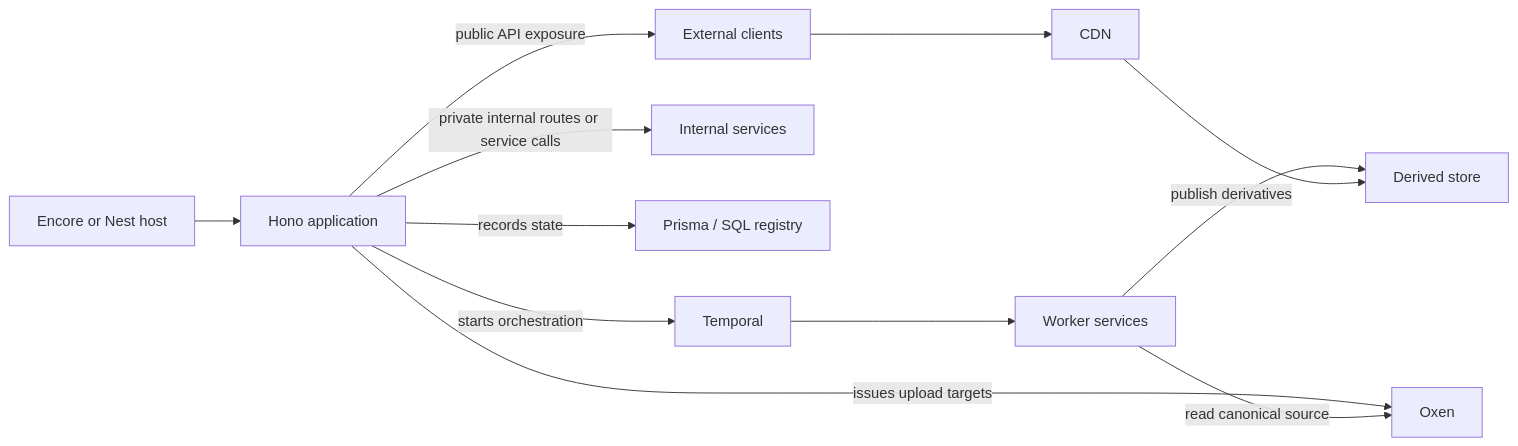
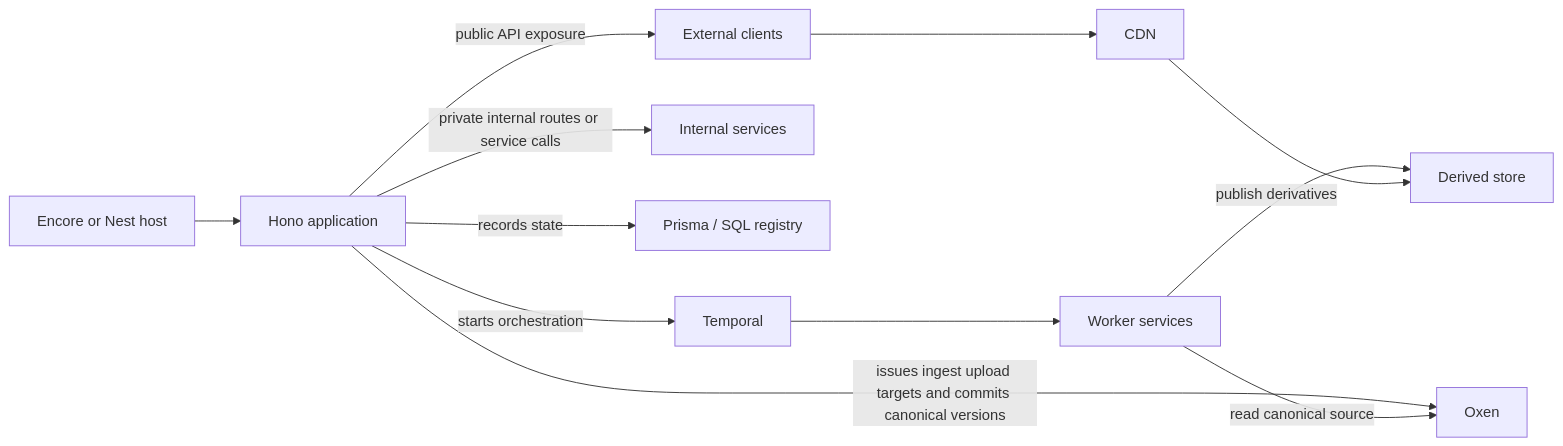
One commit to Yeusepe/cdngine changed the third of 3 diagrams in docs/service-architecture.md. Above: the diagram before and after it, drawn with Mermaid. The commit also changed other lines of this file and 4 other files, not shown here.

````diff
--- a/docs/service-architecture.md
+++ b/docs/service-architecture.md
@@ -210,14 +226,14 @@
 ```mermaid
 flowchart LR
     Host["Encore or Nest host"] --> Hono["Hono application"]
     Hono --> |public API exposure| Clients["External clients"]
     Hono --> |private internal routes or service calls| Internal["Internal services"]
     Hono --> |records state| Prisma["Prisma / SQL registry"]
-    Hono --> |issues upload targets| Oxen["Oxen"]
+    Hono --> |issues ingest upload targets and commits canonical versions| Oxen["Oxen"]
     Hono --> |starts orchestration| Temporal["Temporal"]
     Temporal --> Workers["Worker services"]
     Workers --> |read canonical source| Oxen
     Workers --> |publish derivatives| Derived["Derived store"]
     Clients --> CDN["CDN"]
     CDN --> Derived
 ```
````
